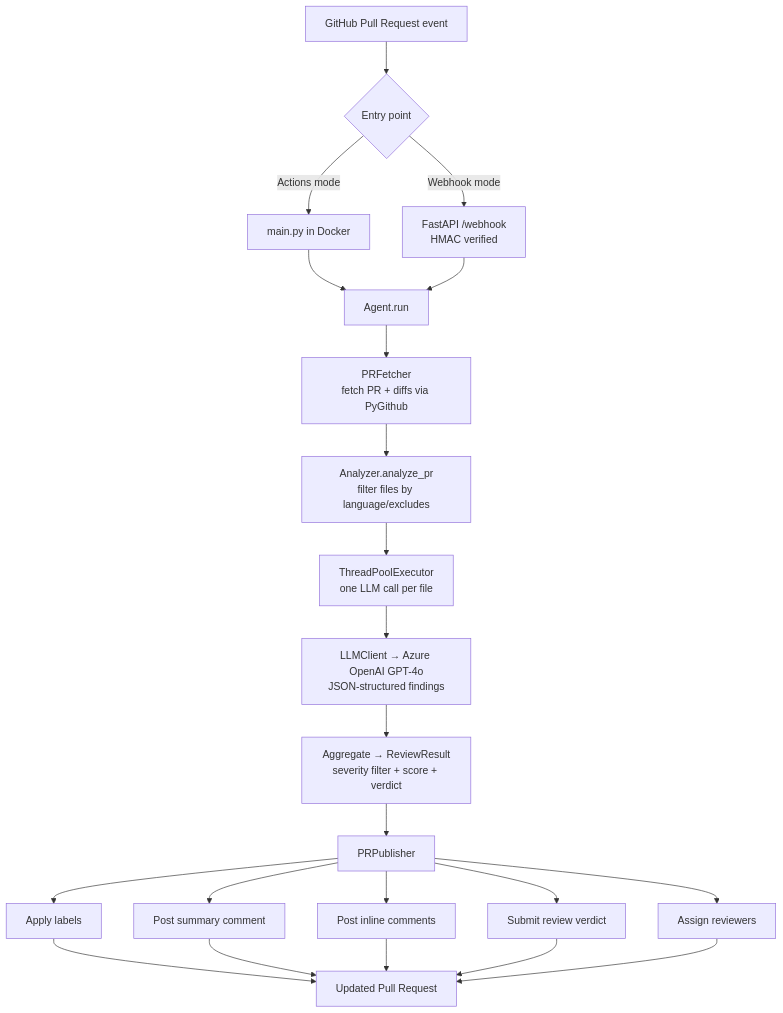
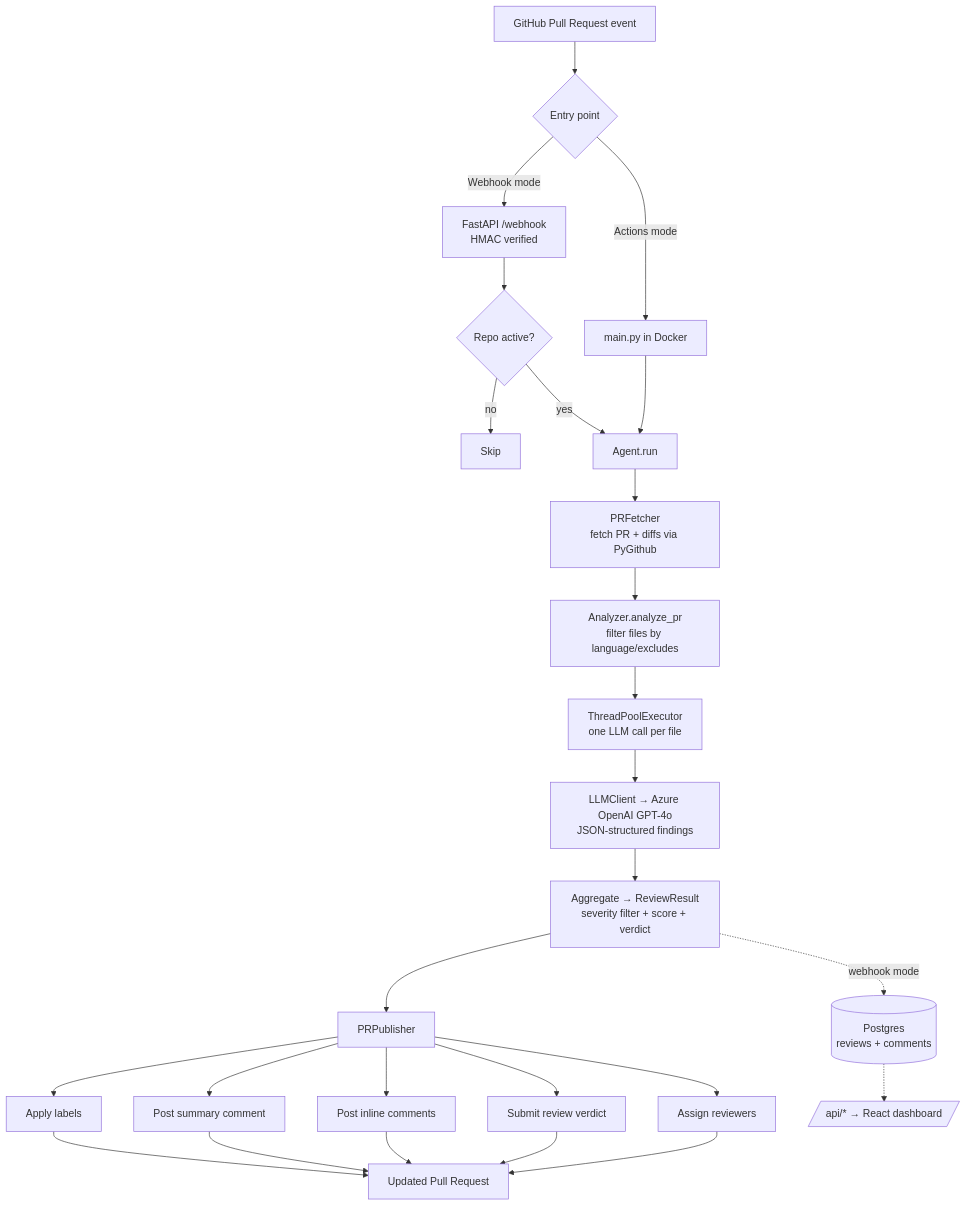
One commit to IsmailMechkene/prlens changed the diagram in README.md. Above: the diagram before and after it, drawn with Mermaid. The commit also changed other lines of this file and 4 other files, not shown here.

````diff
--- a/README.md
+++ b/README.md
@@ -326,24 +413,30 @@
 ```mermaid
 flowchart TD
     A[GitHub Pull Request event] --> B{Entry point}
     B -->|Actions mode| C[main.py in Docker]
     B -->|Webhook mode| D[FastAPI /webhook<br/>HMAC verified]
 
+    D --> R{Repo active?}
+    R -->|no| S[Skip]
+    R -->|yes| E
+
     C --> E[Agent.run]
-    D --> E
 
     E --> F[PRFetcher<br/>fetch PR + diffs via PyGithub]
     F --> G[Analyzer.analyze_pr<br/>filter files by language/excludes]
     G --> H[ThreadPoolExecutor<br/>one LLM call per file]
     H --> I[LLMClient → Azure OpenAI GPT-4o<br/>JSON-structured findings]
     I --> J[Aggregate → ReviewResult<br/>severity filter + score + verdict]
 
     J --> K[PRPublisher]
     K --> L[Apply labels]
     K --> M[Post summary comment]
     K --> N[Post inline comments]
     K --> O[Submit review verdict]
     K --> P[Assign reviewers]
 
     L & M & N & O & P --> Q[Updated Pull Request]
+
+    J -.->|webhook mode| T[(Postgres<br/>reviews + comments)]
+    T -.-> U[/api/* → React dashboard/]
 ```
````
